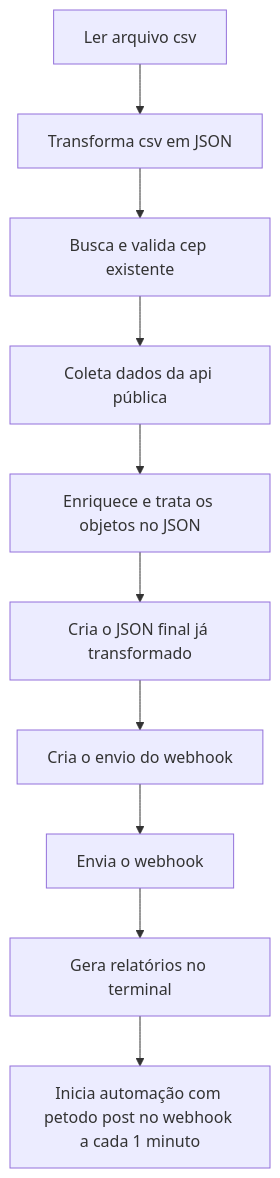
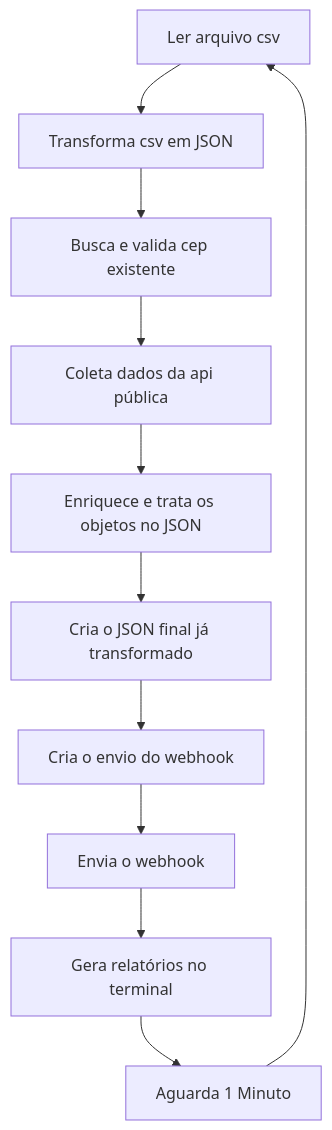
One commit to joaogadev/Automacao-com-API-REST changed the diagram in README.md. Above: the diagram before and after it, drawn with Mermaid. The commit also changed other lines of this file, not shown here.

````diff
--- a/README.md
+++ b/README.md
@@ -12,12 +26,13 @@
 ```mermaid
 flowchart TD
     A[Ler arquivo csv] --> B[Transforma csv em JSON]
     B --> C[Busca e valida cep existente]
     C --> D[Coleta dados da api pública]
     D --> E[Enriquece e trata os objetos no JSON]
     E --> F[Cria o JSON final já transformado]
     F --> G[Cria o envio do webhook]
     G --> H[Envia o webhook]
     H --> I[Gera relatórios no terminal]
-    I --> J[Inicia automação com petodo post no webhook a cada 1 minuto]
+    I --> J[Aguarda 1 Minuto]
+    J --> A
 ```
````
